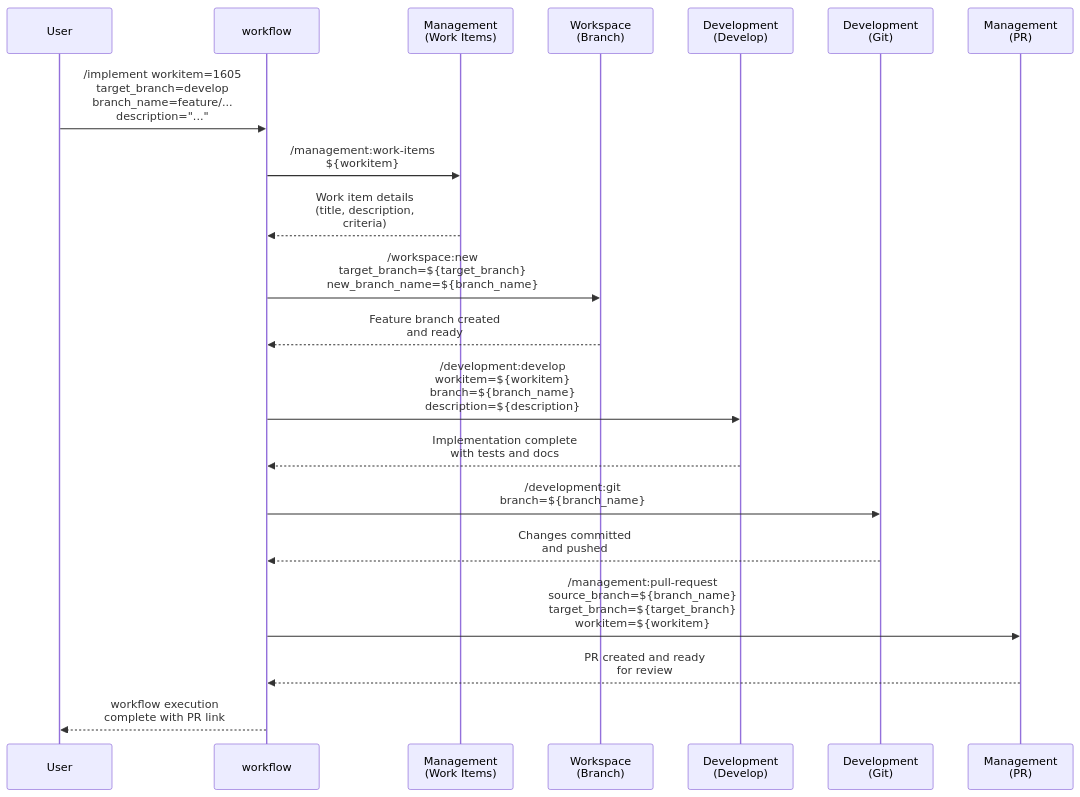
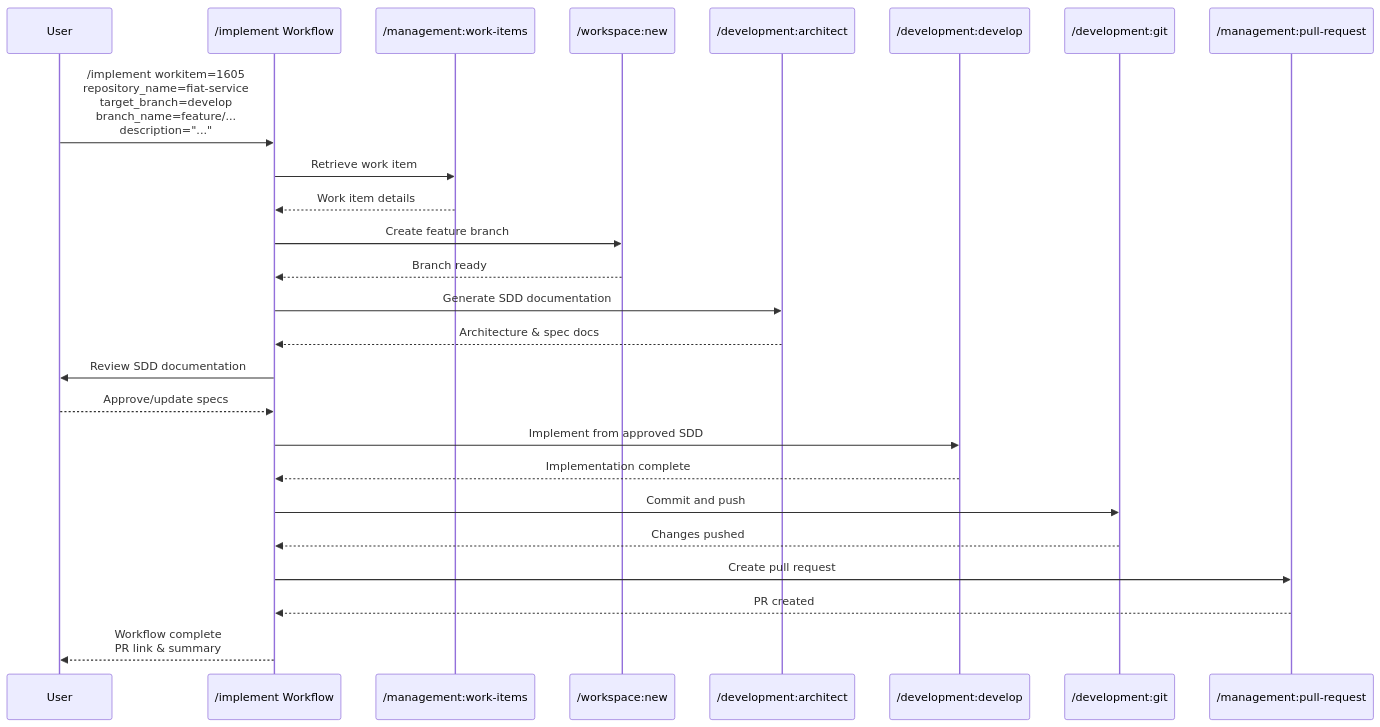
Before and after one commit to zzaia/zzaia-agentic-workspace: the diagram in .claude/commands/workflows/implement.md, drawn with Mermaid.

Commit message:
Improve the workflow diagram;

````diff
--- a/.claude/commands/workflows/implement.md
+++ b/.claude/commands/workflows/implement.md
@@ -69,29 +69,36 @@
 ```mermaid
 sequenceDiagram
     participant U as User
-    participant P as workflow
-    participant MgmtW as Management<br/>(Work Items)
-    participant WkspM as Workspace<br/>(Branch)
-    participant DevD as Development<br/>(Develop)
-    participant DevG as Development<br/>(Git)
-    participant MgmtP as Management<br/>(PR)
+    participant P as /implement Workflow
+    participant MgmtW as /management:work-items
+    participant WkspM as /workspace:new
+    participant DevA as /development:architect
+    participant DevD as /development:develop
+    participant DevG as /development:git
+    participant MgmtP as /management:pull-request
 
-    U->>P: /implement workitem=1605<br/>target_branch=develop<br/>branch_name=feature/...<br/>description="..."
+    U->>P: /implement workitem=1605<br/>repository_name=fiat-service<br/>target_branch=develop<br/>branch_name=feature/...<br/>description="..."
 
-    P->>MgmtW: /management:work-items<br/>${workitem}
-    MgmtW-->>P: Work item details<br/>(title, description,<br/>criteria)
+    P->>MgmtW: Retrieve work item
+    MgmtW-->>P: Work item details
 
-    P->>WkspM: /workspace:new<br/>target_branch=${target_branch}<br/>new_branch_name=${branch_name}
-    WkspM-->>P: Feature branch created<br/>and ready
+    P->>WkspM: Create feature branch
+    WkspM-->>P: Branch ready
 
-    P->>DevD: /development:develop<br/>workitem=${workitem}<br/>branch=${branch_name}<br/>description=${description}
-    DevD-->>P: Implementation complete<br/>with tests and docs
+    P->>DevA: Generate SDD documentation
+    DevA-->>P: Architecture & spec docs
 
-    P->>DevG: /development:git<br/>branch=${branch_name}
-    DevG-->>P: Changes committed<br/>and pushed
+    P->>U: Review SDD documentation
+    U-->>P: Approve/update specs
 
-    P->>MgmtP: /management:pull-request<br/>source_branch=${branch_name}<br/>target_branch=${target_branch}<br/>workitem=${workitem}
-    MgmtP-->>P: PR created and ready<br/>for review
+    P->>DevD: Implement from approved SDD
+    DevD-->>P: Implementation complete
 
-    P-->>U: workflow execution<br/>complete with PR link
+    P->>DevG: Commit and push
+    DevG-->>P: Changes pushed
+
+    P->>MgmtP: Create pull request
+    MgmtP-->>P: PR created
+
+    P-->>U: Workflow complete<br/>PR link & summary
 ```
````
